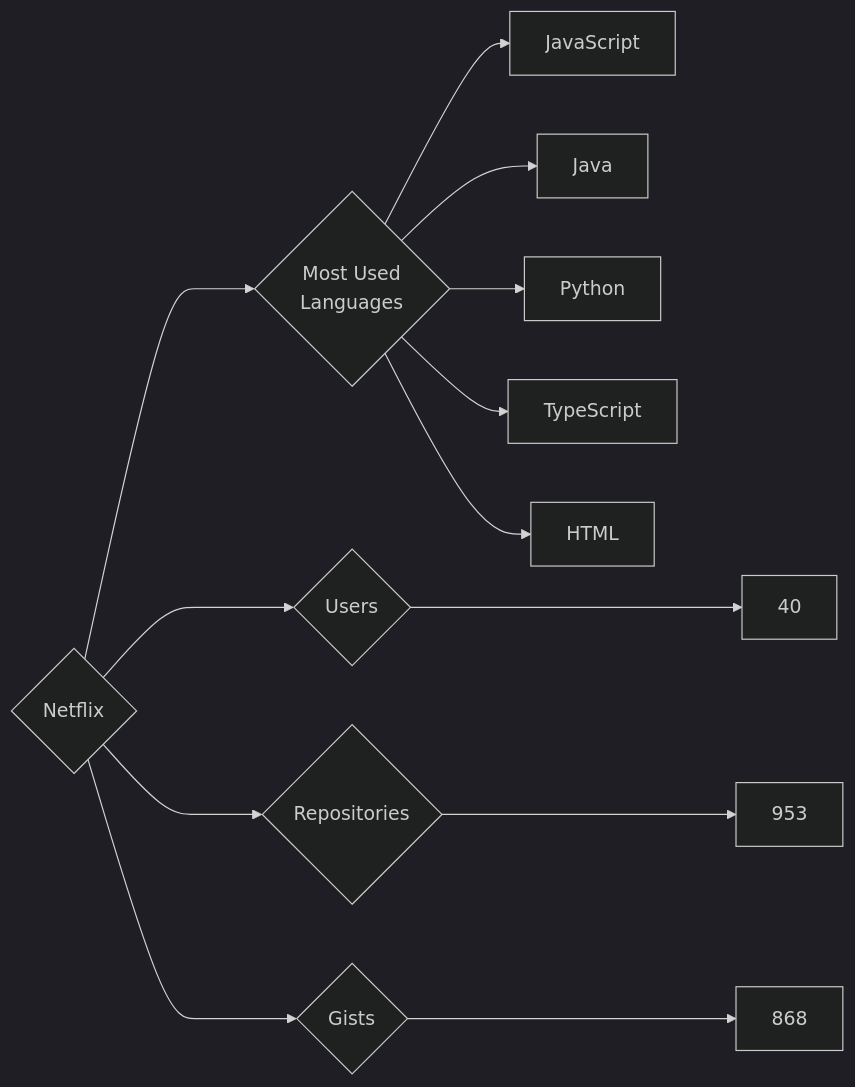
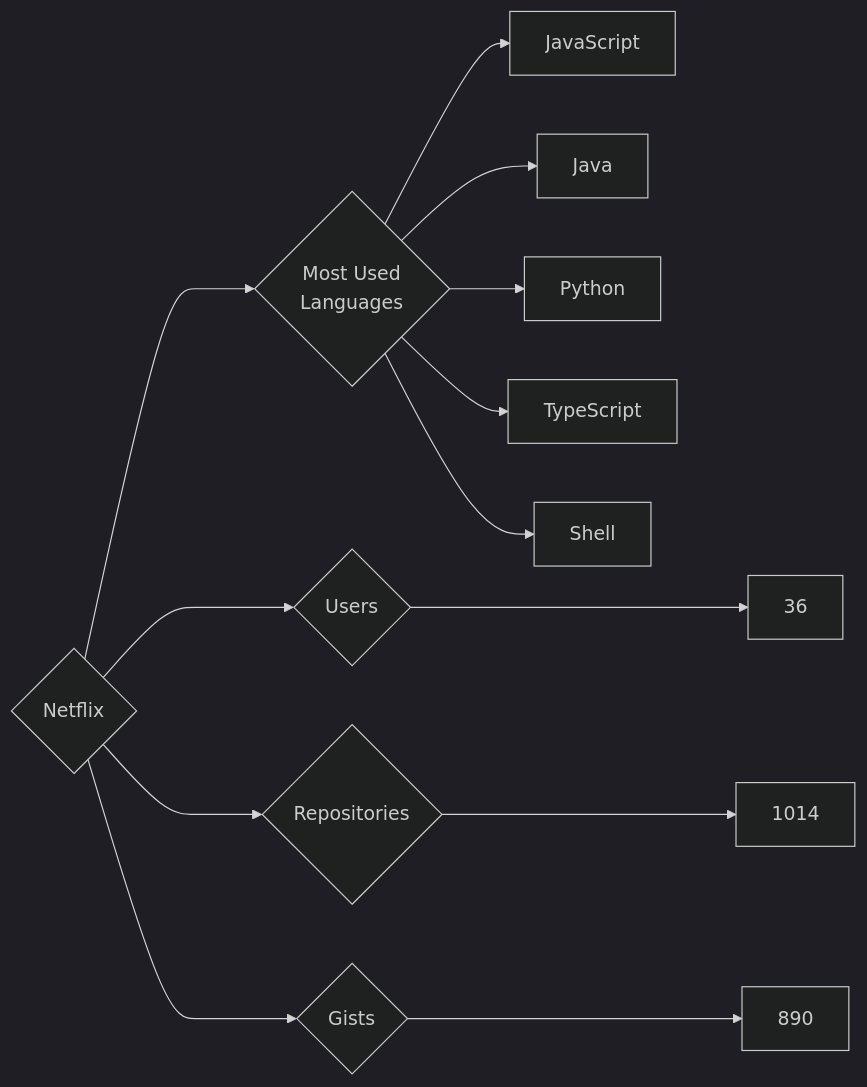
Before and after one commit to trickest/insiders: the diagram in targets/Netflix/README.md, drawn with Mermaid (dark theme). The commit also changed 973 other files, not shown here.

````diff
--- a/targets/Netflix/README.md
+++ b/targets/Netflix/README.md
@@ -3,13 +3,13 @@
 ```mermaid
 graph LR
 COMPANY_NAME{Netflix}
-COMPANY_NAME ---> U{Users} ---> UN[40]
-COMPANY_NAME ---> R{Repositories} ---> RN[953]
-COMPANY_NAME ---> G{Gists} ---> GN[868]
+COMPANY_NAME ---> U{Users} ---> UN[36]
+COMPANY_NAME ---> R{Repositories} ---> RN[1014]
+COMPANY_NAME ---> G{Gists} ---> GN[890]
 COMPANY_NAME ---> ML{Most Used<br>Languages}
 ML --> JavaScript[JavaScript]
 ML --> Java[Java]
 ML --> Python[Python]
 ML --> TypeScript[TypeScript]
-ML --> HTML[HTML]
+ML --> Shell[Shell]
 ```
````
